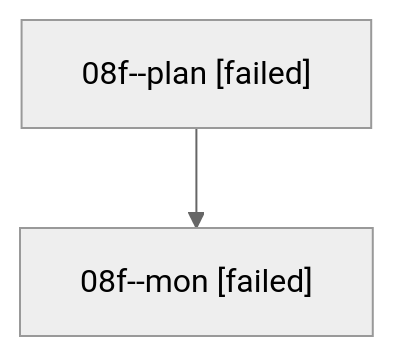
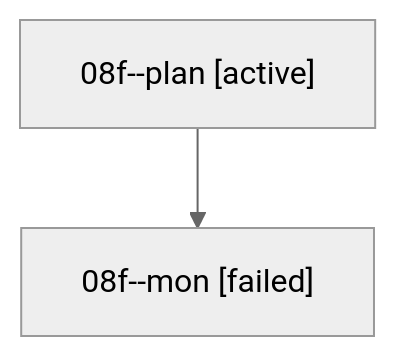
One commit to sase-org/sase--agents changed the diagram in families/bbugyi200.athena.08f.md. Above: the diagram before and after it, drawn with Mermaid (neutral theme). The commit also changed other lines of this file and 35830 other files, not shown here.

````diff
--- a/families/bbugyi200.athena.08f.md
+++ b/families/bbugyi200.athena.08f.md
@@ -9,6 +9,6 @@
 ```mermaid
 flowchart TD
-  n0["08f--plan [failed]"]
+  n0["08f--plan [active]"]
   n1["08f--mon [failed]"]
   n0 --> n1
 ```
````
